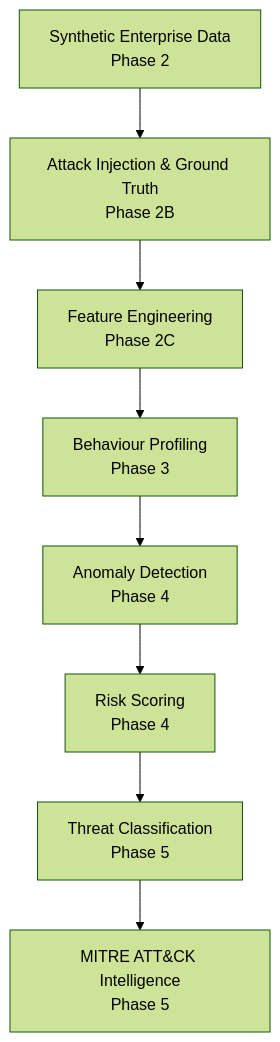
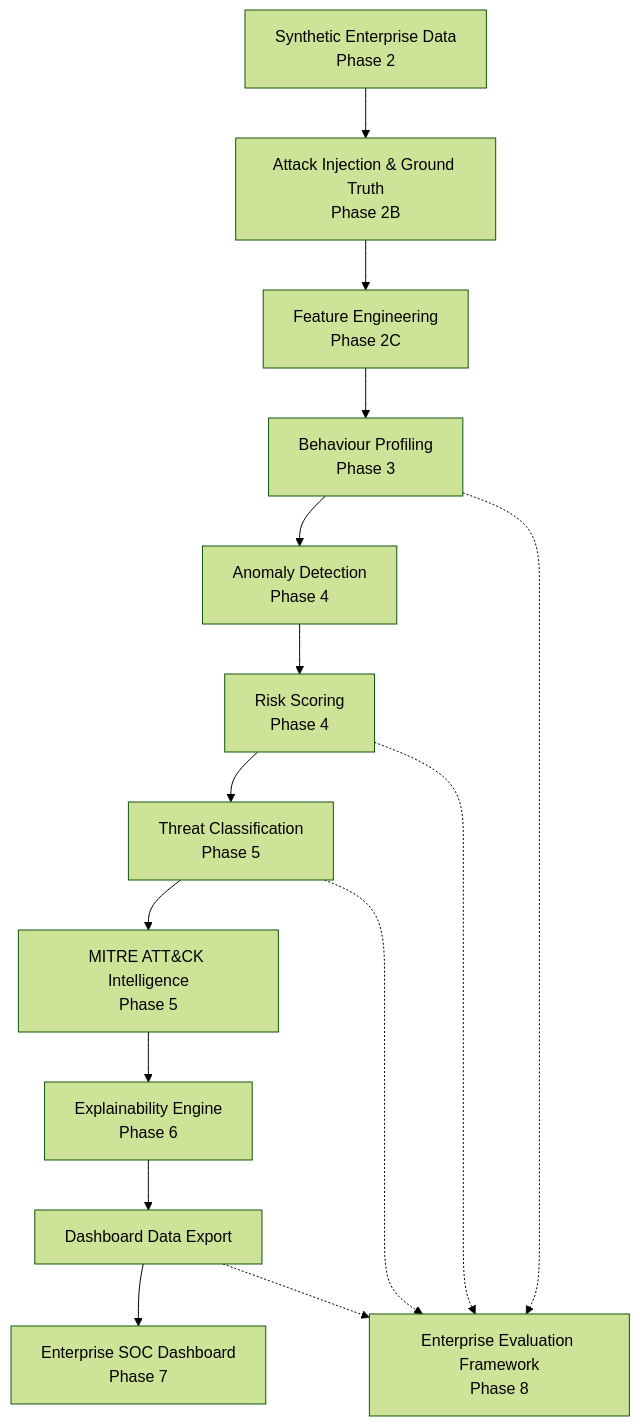
The first of 4 diagrams in README.md (Srinithik5/sentinel-ai), drawn with Mermaid (forest theme) before and after one commit. The commit also changed other lines of this file and 10 other files, not shown here.

````diff
--- a/README.md
+++ b/README.md
@@ -34,10 +34,17 @@
 ```mermaid
 flowchart TD
     A["Synthetic Enterprise Data<br/>Phase 2"] --> B["Attack Injection & Ground Truth<br/>Phase 2B"]
     B --> C["Feature Engineering<br/>Phase 2C"]
     C --> D["Behaviour Profiling<br/>Phase 3"]
     D --> E["Anomaly Detection<br/>Phase 4"]
     E --> F["Risk Scoring<br/>Phase 4"]
     F --> G["Threat Classification<br/>Phase 5"]
     G --> H["MITRE ATT&CK Intelligence<br/>Phase 5"]
+    H --> I["Explainability Engine<br/>Phase 6"]
+    I --> J["Dashboard Data Export"]
+    J --> K["Enterprise SOC Dashboard<br/>Phase 7"]
+    D -.-> L["Enterprise Evaluation Framework<br/>Phase 8"]
+    F -.-> L
+    G -.-> L
+    J -.-> L
 ```
````
